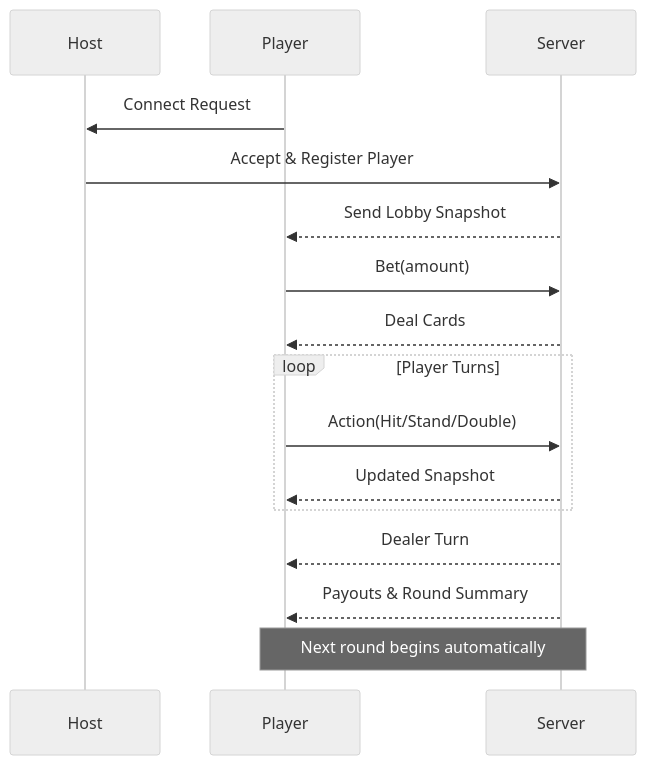
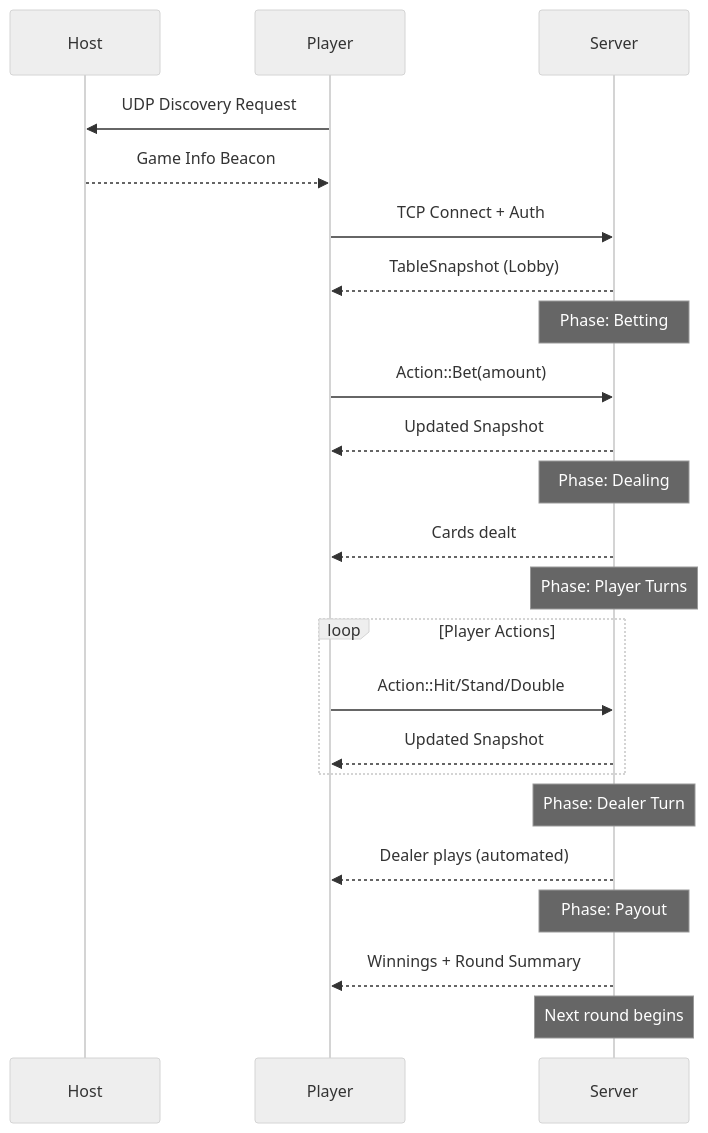
The second of 2 diagrams in README.md (AsbestosSoup-dev/blackjack), drawn with Mermaid (neutral theme) before and after one commit. The commit also changed other lines of this file and 3 other files, not shown here.

First line of the commit message:
Refactor: modernize project architecture and dependencies

````diff
--- a/README.md
+++ b/README.md
@@ -138,19 +180,32 @@
 ```mermaid
 sequenceDiagram
     participant Host
     participant Player
     participant Server
 
-    Player->>Host: Connect Request
-    Host->>Server: Accept & Register Player
-    Server-->>Player: Send Lobby Snapshot
-    Player->>Server: Bet(amount)
-    Server-->>Player: Deal Cards
-    loop Player Turns
-        Player->>Server: Action(Hit/Stand/Double)
+    Player->>Host: UDP Discovery Request
+    Host-->>Player: Game Info Beacon
+    Player->>Server: TCP Connect + Auth
+    Server-->>Player: TableSnapshot (Lobby)
+    
+    Note over Server: Phase: Betting
+    Player->>Server: Action::Bet(amount)
+    Server-->>Player: Updated Snapshot
+    
+    Note over Server: Phase: Dealing
+    Server-->>Player: Cards dealt
+    
+    Note over Server: Phase: Player Turns
+    loop Player Actions
+        Player->>Server: Action::Hit/Stand/Double
         Server-->>Player: Updated Snapshot
     end
-    Server-->>Player: Dealer Turn
-    Server-->>Player: Payouts & Round Summary
-    Note over Server,Player: Next round begins automatically
+    
+    Note over Server: Phase: Dealer Turn
+    Server-->>Player: Dealer plays (automated)
+    
+    Note over Server: Phase: Payout
+    Server-->>Player: Winnings + Round Summary
+    
+    Note over Server: Next round begins
 ```
````
